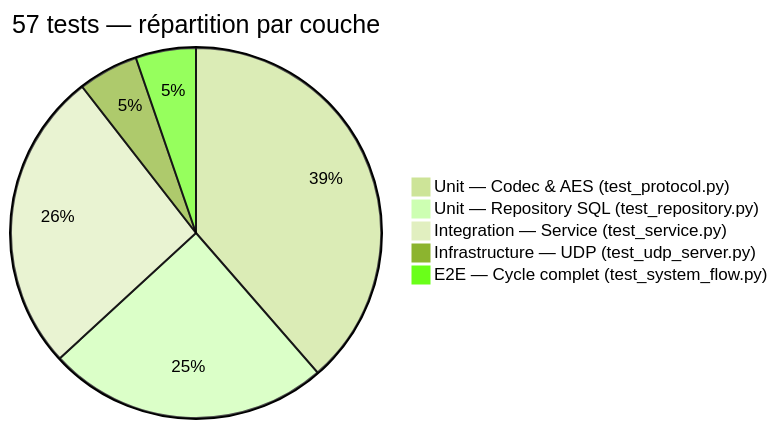
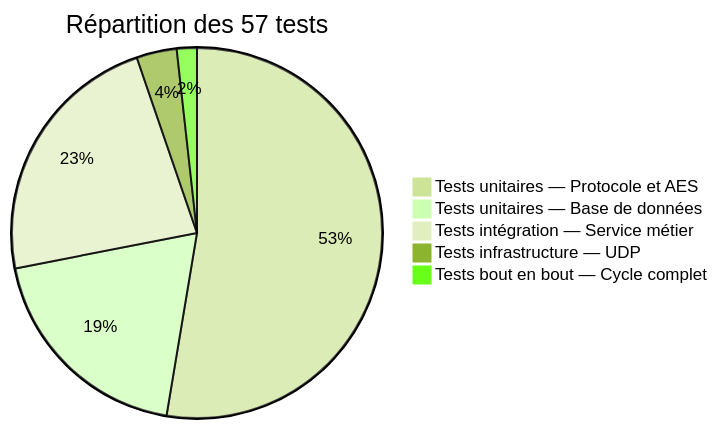
Diagram 14 of 16 in rendu.md (QuentinBastos/iot-project), drawn with Mermaid (forest theme) before and after one commit. The commit also changed other lines of this file, not shown here.

````diff
--- a/rendu.md
+++ b/rendu.md
@@ -553,8 +456,8 @@
 ```mermaid
-pie title 57 tests — répartition par couche
-    "Unit — Codec & AES (test_protocol.py)" : 22
-    "Unit — Repository SQL (test_repository.py)" : 14
-    "Integration — Service (test_service.py)" : 15
-    "Infrastructure — UDP (test_udp_server.py)" : 3
-    "E2E — Cycle complet (test_system_flow.py)" : 3
+pie title Répartition des 57 tests
+    "Tests unitaires — Protocole et AES" : 30
+    "Tests unitaires — Base de données" : 11
+    "Tests intégration — Service métier" : 13
+    "Tests infrastructure — UDP" : 2
+    "Tests bout en bout — Cycle complet" : 1
 ```
````
